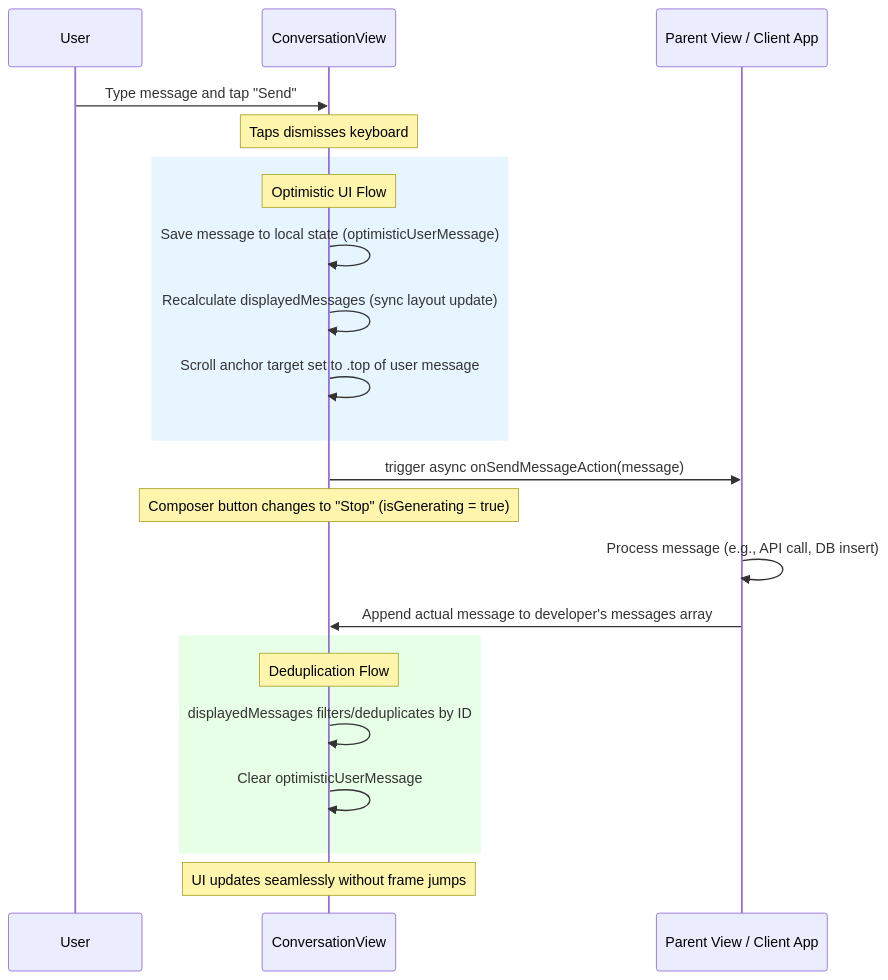
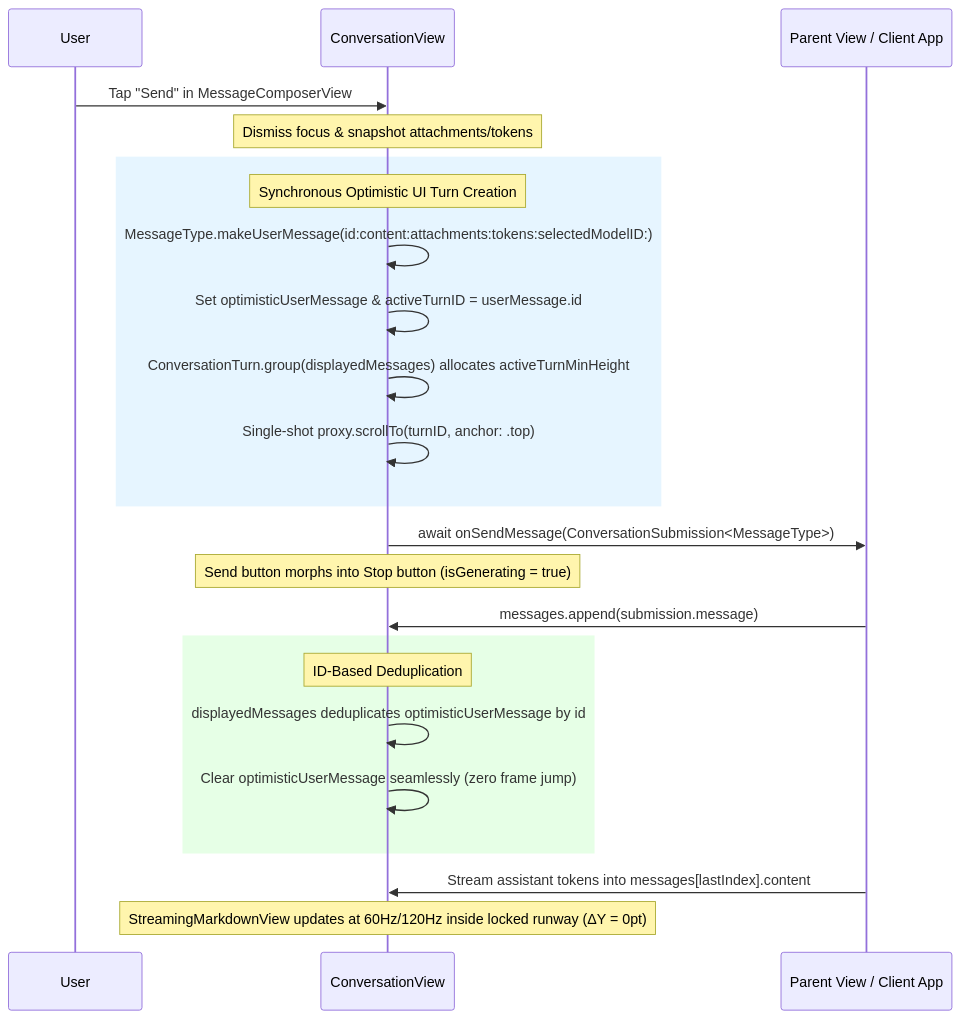
One commit to peterfriese/ConversationKit changed the second of 2 diagrams in AGENTS.md. Above: the diagram before and after it, drawn with Mermaid. The commit also changed other lines of this file and 10 other files, not shown here.

````diff
--- a/AGENTS.md
+++ b/AGENTS.md
@@ -87,27 +132,27 @@
 ```mermaid
 sequenceDiagram
     participant User
     participant CV as ConversationView
     participant App as Parent View / Client App
-    
-    User->>CV: Type message and tap "Send"
-    Note over CV: Taps dismisses keyboard
+
+    User->>CV: Tap "Send" in MessageComposerView
+    Note over CV: Dismiss focus & snapshot attachments/tokens
     rect rgb(230, 245, 255)
-        Note over CV: Optimistic UI Flow
-        CV->>CV: Save message to local state (optimisticUserMessage)
-        CV->>CV: Recalculate displayedMessages (sync layout update)
-        CV->>CV: Scroll anchor target set to .top of user message
+        Note over CV: Synchronous Optimistic UI Turn Creation
+        CV->>CV: MessageType.makeUserMessage(id:content:attachments:tokens:selectedModelID:)
+        CV->>CV: Set optimisticUserMessage & activeTurnID = userMessage.id
+        CV->>CV: ConversationTurn.group(displayedMessages) allocates activeTurnMinHeight
+        CV->>CV: Single-shot proxy.scrollTo(turnID, anchor: .top)
     end
-    CV->>App: trigger async onSendMessageAction(message)
-    Note over CV: Composer button changes to "Stop" (isGenerating = true)
-    
-    App->>App: Process message (e.g., API call, DB insert)
-    App->>CV: Append actual message to developer's messages array
-    
+    CV->>App: await onSendMessage(ConversationSubmission<MessageType>)
+    Note over CV: Send button morphs into Stop button (isGenerating = true)
+
+    App->>CV: messages.append(submission.message)
     rect rgb(230, 255, 230)
-        Note over CV: Deduplication Flow
-        CV->>CV: displayedMessages filters/deduplicates by ID
-        CV->>CV: Clear optimisticUserMessage
+        Note over CV: ID-Based Deduplication
+        CV->>CV: displayedMessages deduplicates optimisticUserMessage by id
+        CV->>CV: Clear optimisticUserMessage seamlessly (zero frame jump)
     end
-    Note over CV: UI updates seamlessly without frame jumps
+    App->>CV: Stream assistant tokens into messages[lastIndex].content
+    Note over CV: StreamingMarkdownView updates at 60Hz/120Hz inside locked runway (ΔY = 0pt)
 ```
````
